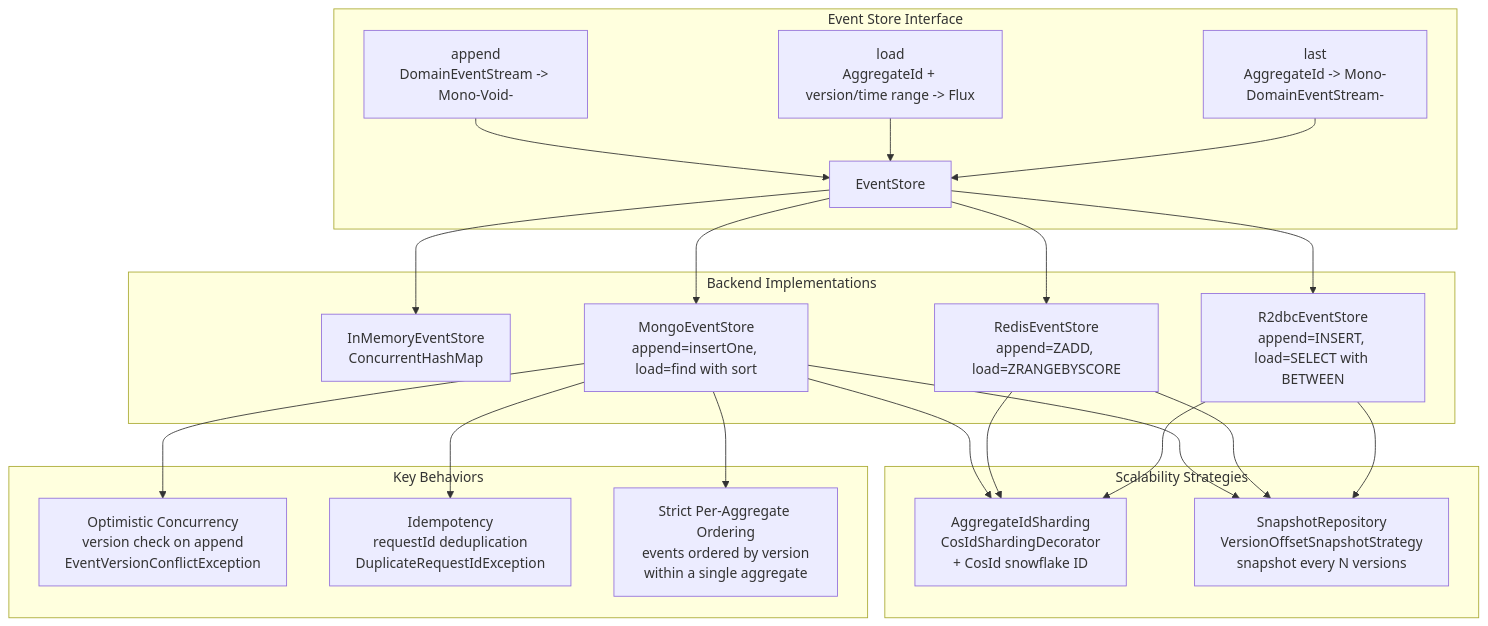
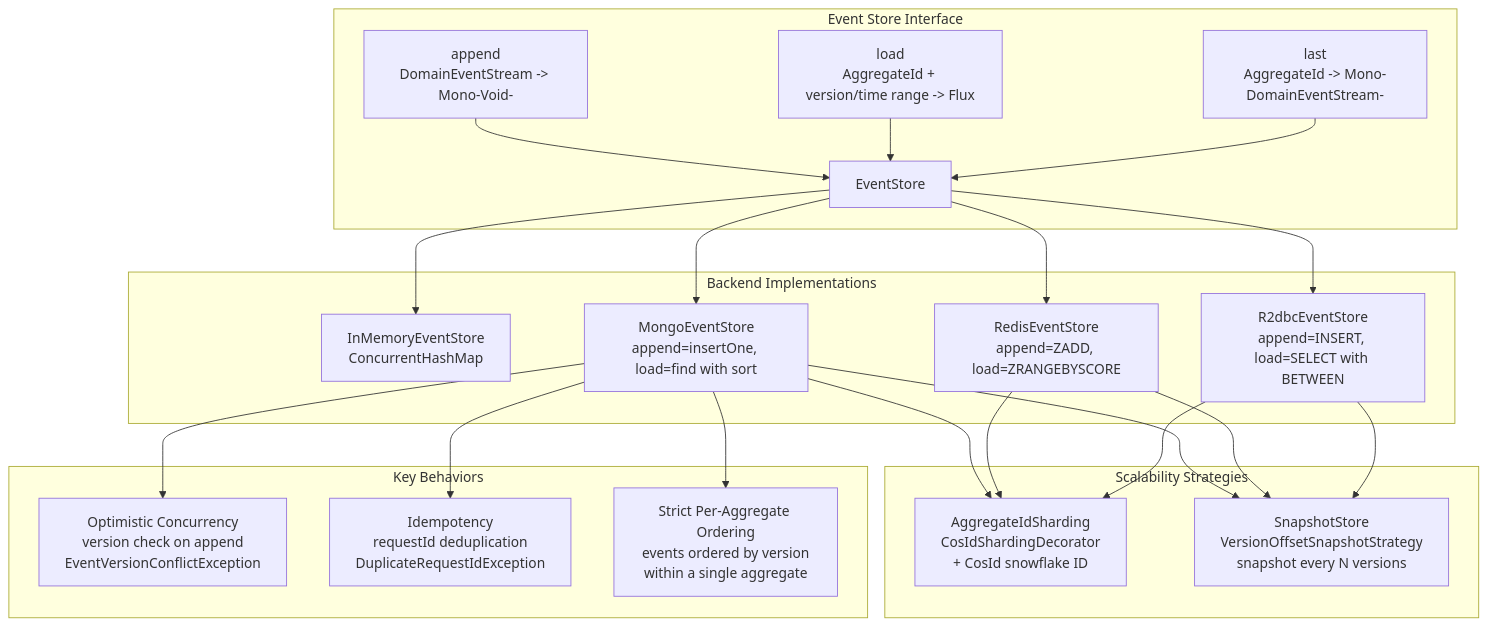
The fourth of 4 diagrams in documentation/docs/en/onboarding/staff-engineer-guide.md (Ahoo-Wang/Wow), drawn with Mermaid before and after one commit. The commit also changed other lines of this file and 36 other files, not shown here.

````diff
--- a/documentation/docs/en/onboarding/staff-engineer-guide.md
+++ b/documentation/docs/en/onboarding/staff-engineer-guide.md
@@ -498,45 +498,45 @@
 ```mermaid
 flowchart TB
     subgraph "Event Store Interface"
         ESI[EventStore]
         API_A[append<br>DomainEventStream -> Mono-Void-]
         API_L[load<br>AggregateId + version/time range -> Flux]
         API_S[last<br>AggregateId -> Mono-DomainEventStream-]
     end
 
     subgraph "Backend Implementations"
         IM[InMemoryEventStore<br>ConcurrentHashMap]
         MONGO_ES[MongoEventStore<br>append=insertOne, load=find with sort]
         REDIS_ES[RedisEventStore<br>append=ZADD, load=ZRANGEBYSCORE]
         R2DBC_ES[R2dbcEventStore<br>append=INSERT, load=SELECT with BETWEEN]
     end
 
     subgraph "Scalability Strategies"
         SHARD[AggregateIdSharding<br>CosIdShardingDecorator<br>+ CosId snowflake ID]
-        SNAP[SnapshotRepository<br>VersionOffsetSnapshotStrategy<br>snapshot every N versions]
+        SNAP[SnapshotStore<br>VersionOffsetSnapshotStrategy<br>snapshot every N versions]
     end
 
     subgraph "Key Behaviors"
         OPT[Optimistic Concurrency<br>version check on append<br>EventVersionConflictException]
         IDEM[Idempotency<br>requestId deduplication<br>DuplicateRequestIdException]
         ORD[Strict Per-Aggregate Ordering<br>events ordered by version<br>within a single aggregate]
     end
 
     API_A --> ESI
     API_L --> ESI
     API_S --> ESI
     ESI --> IM
     ESI --> MONGO_ES
     ESI --> REDIS_ES
     ESI --> R2DBC_ES
     MONGO_ES --> SHARD
     REDIS_ES --> SHARD
     R2DBC_ES --> SHARD
     MONGO_ES --> SNAP
     REDIS_ES --> SNAP
     R2DBC_ES --> SNAP
     MONGO_ES --> OPT
     MONGO_ES --> IDEM
     MONGO_ES --> ORD
 
 ```
````
